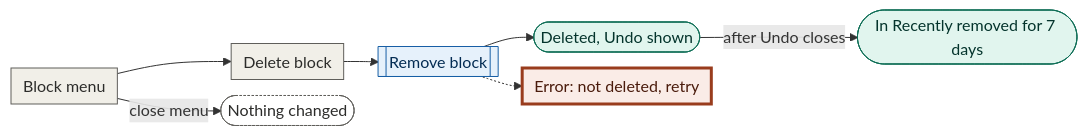
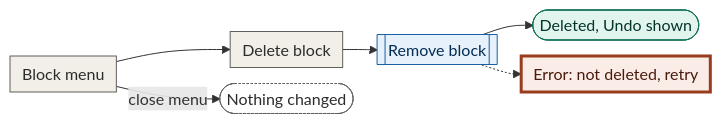
The third of 4 diagrams in docs/design/01-user-flows/planning.md (tor4/ai-planner), drawn with Mermaid before and after one commit. The commit also changed other lines of this file and 14 other files, not shown here.

First line of the commit message:
Fix user flow and screen issues

````diff
--- a/docs/design/01-user-flows/planning.md
+++ b/docs/design/01-user-flows/planning.md
@@ -121,15 +121,14 @@
 ```mermaid
 %%{init: {"flowchart": {"nodeSpacing": 16, "rankSpacing": 24, "padding": 6}}}%%
 flowchart LR
   A[Block menu]:::step --> D[Delete block]:::step --> S[[Remove block]]:::sys --> T([Deleted, Undo shown]):::ok
-  T -->|after Undo closes| R([In Recently removed for 7 days]):::ok
   A -->|close menu| E([Nothing changed]):::exit
   S -.-> X[Error: not deleted, retry]:::error
   classDef step fill:#F1EFE8,stroke:#5F5E5A,color:#2C2C2A
   classDef sys fill:#E6F1FB,stroke:#185FA5,color:#042C53
   classDef ok fill:#E1F5EE,stroke:#0F6E56,color:#04342C
   classDef exit fill:#FFFFFF,stroke:#5F5E5A,color:#2C2C2A,stroke-dasharray:2 2
   classDef decision fill:#FAEEDA,stroke:#854F0B,color:#412402
   classDef state fill:#EEEDFE,stroke:#534AB7,color:#26215C,stroke-dasharray:4 3
   classDef error fill:#FAECE7,stroke:#993C1D,color:#4A1B0C,stroke-width:3px
 ```
````
